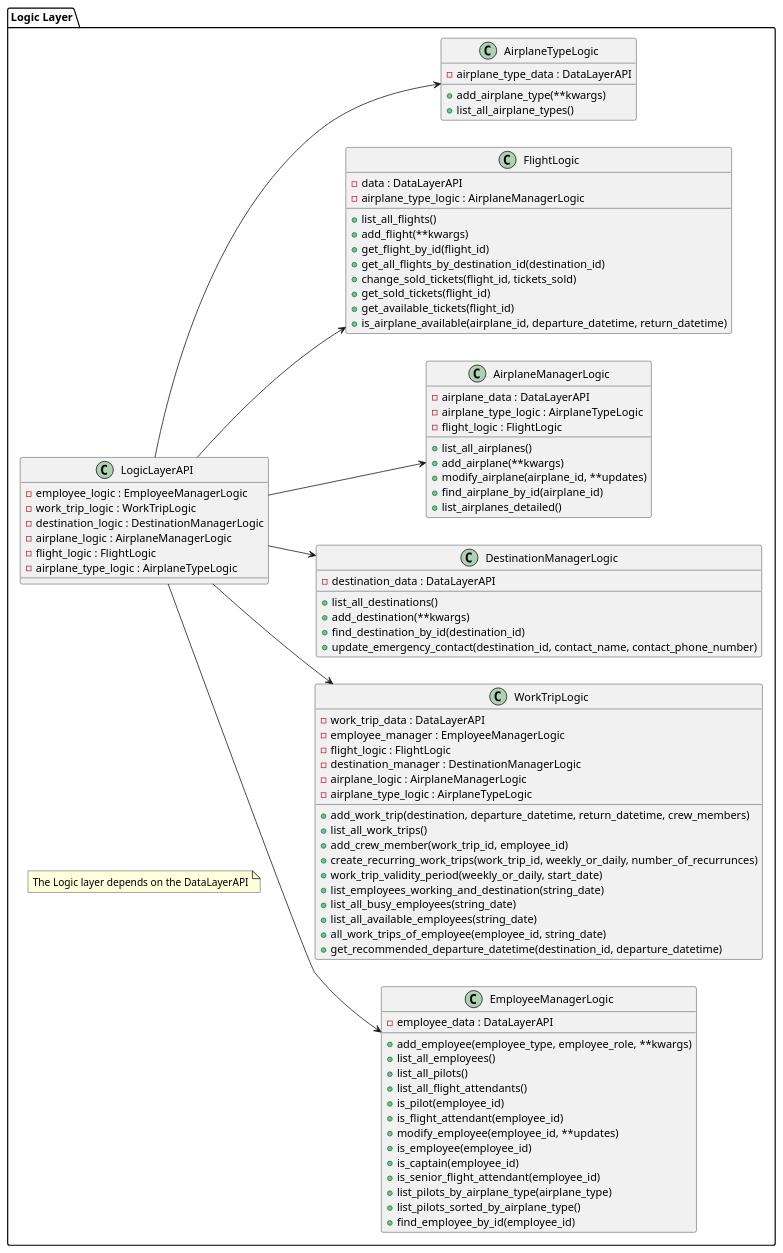
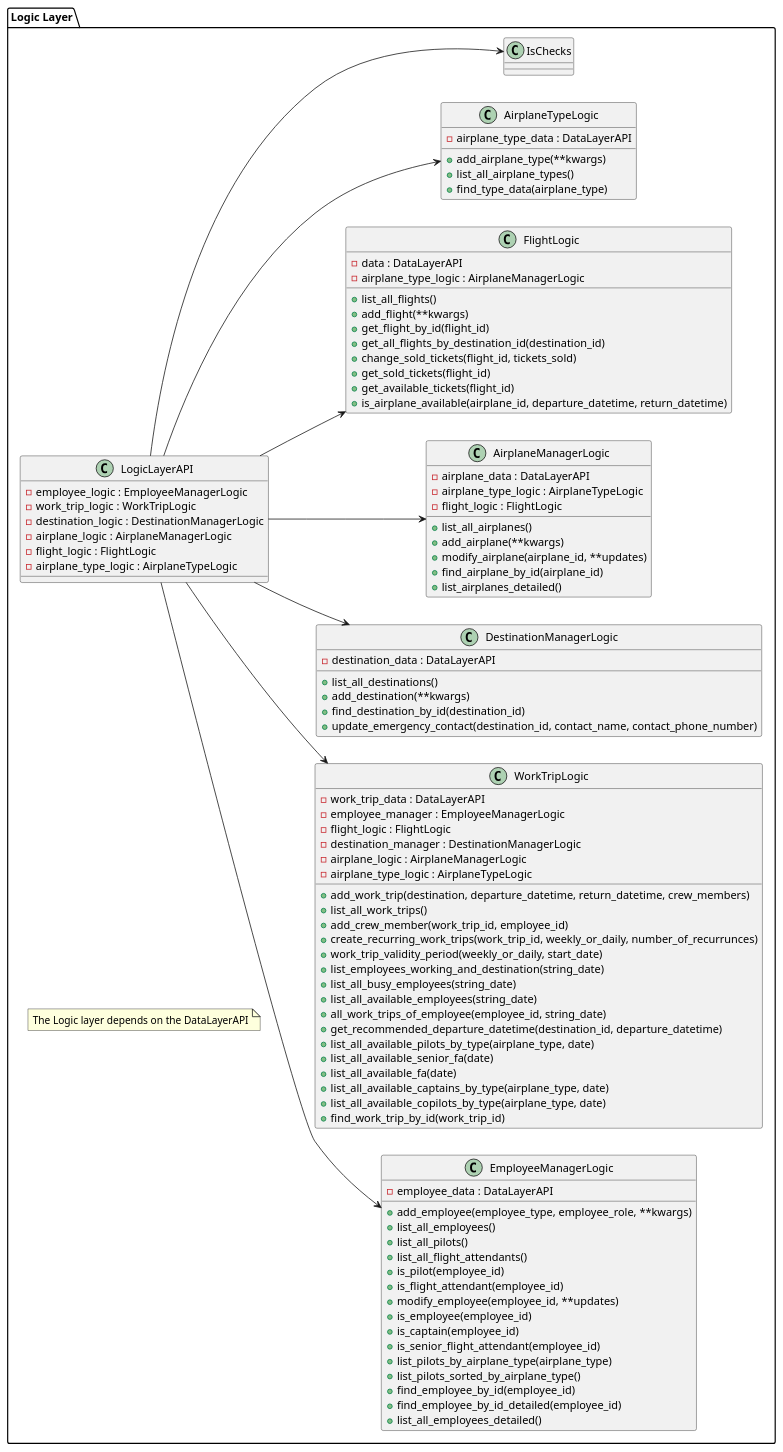
One commit to GiantMushy/NanAir changed the diagram in Planning/Class Diagrams/LogicLayerClassDiagram.puml. Above: the diagram before and after it, drawn with PlantUML. The commit also changed 2 other files, not shown here.

Commit message:
updating class diagrams
updating class diagrams

```diff
--- a/Planning/Class Diagrams/LogicLayerClassDiagram.puml
+++ b/Planning/Class Diagrams/LogicLayerClassDiagram.puml
@@ -1,98 +1,111 @@
 @startuml
 package "Logic Layer" {
     left to right direction
 
     class LogicLayerAPI {
         - employee_logic : EmployeeManagerLogic
         - work_trip_logic : WorkTripLogic
         - destination_logic : DestinationManagerLogic
         - airplane_logic : AirplaneManagerLogic
         - flight_logic : FlightLogic
         - airplane_type_logic : AirplaneTypeLogic
     }
 
     class EmployeeManagerLogic {
         - employee_data : DataLayerAPI
         + add_employee(employee_type, employee_role, **kwargs)
         + list_all_employees()
         + list_all_pilots()
         + list_all_flight_attendants()
         + is_pilot(employee_id)
         + is_flight_attendant(employee_id)
         + modify_employee(employee_id, **updates)
         + is_employee(employee_id)
         + is_captain(employee_id)
         + is_senior_flight_attendant(employee_id)
         + list_pilots_by_airplane_type(airplane_type)
         + list_pilots_sorted_by_airplane_type()
         + find_employee_by_id(employee_id)
+        + find_employee_by_id_detailed(employee_id)
+        + list_all_employees_detailed()
 
     }
 
     class WorkTripLogic {
         - work_trip_data : DataLayerAPI
         - employee_manager : EmployeeManagerLogic
         - flight_logic : FlightLogic
         - destination_manager : DestinationManagerLogic
         - airplane_logic : AirplaneManagerLogic
         - airplane_type_logic : AirplaneTypeLogic
         + add_work_trip(destination, departure_datetime, return_datetime, crew_members)
         + list_all_work_trips()
         + add_crew_member(work_trip_id, employee_id)
         + create_recurring_work_trips(work_trip_id, weekly_or_daily, number_of_recurrunces)
         + work_trip_validity_period(weekly_or_daily, start_date)
         + list_employees_working_and_destination(string_date)
         + list_all_busy_employees(string_date)
         + list_all_available_employees(string_date)
         + all_work_trips_of_employee(employee_id, string_date)
         + get_recommended_departure_datetime(destination_id, departure_datetime)
+        + list_all_available_pilots_by_type(airplane_type, date)
+        + list_all_available_senior_fa(date)
+        + list_all_available_fa(date)
+        + list_all_available_captains_by_type(airplane_type, date)
+        + list_all_available_copilots_by_type(airplane_type, date)
+        + find_work_trip_by_id(work_trip_id)
     }
 
     class DestinationManagerLogic {
         - destination_data : DataLayerAPI
         + list_all_destinations()
         + add_destination(**kwargs)
         + find_destination_by_id(destination_id)
         + update_emergency_contact(destination_id, contact_name, contact_phone_number)
     }
 
     class AirplaneManagerLogic {
         - airplane_data : DataLayerAPI
         - airplane_type_logic : AirplaneTypeLogic
         - flight_logic : FlightLogic
         + list_all_airplanes()
         + add_airplane(**kwargs)
         + modify_airplane(airplane_id, **updates)
         + find_airplane_by_id(airplane_id)
         + list_airplanes_detailed()
     }
 
     class FlightLogic {
         - data : DataLayerAPI
         - airplane_type_logic : AirplaneManagerLogic
         + list_all_flights()
         + add_flight(**kwargs)
         + get_flight_by_id(flight_id)
         + get_all_flights_by_destination_id(destination_id)
         + change_sold_tickets(flight_id, tickets_sold)
         + get_sold_tickets(flight_id)
         + get_available_tickets(flight_id)
         + is_airplane_available(airplane_id, departure_datetime, return_datetime)
     }
 
     class AirplaneTypeLogic {
         - airplane_type_data : DataLayerAPI
         + add_airplane_type(**kwargs)
         + list_all_airplane_types()
+        + find_type_data(airplane_type)
+    }
+
+    class IsChecks {
     }
 
     LogicLayerAPI --> EmployeeManagerLogic
     LogicLayerAPI --> WorkTripLogic
     LogicLayerAPI --> DestinationManagerLogic
     LogicLayerAPI --> AirplaneManagerLogic
     LogicLayerAPI --> FlightLogic
     LogicLayerAPI --> AirplaneTypeLogic
+    LogicLayerAPI --> IsChecks
     note "The Logic layer depends on the DataLayerAPI" as NoteLogicLayer
 
 }
 @enduml
```
